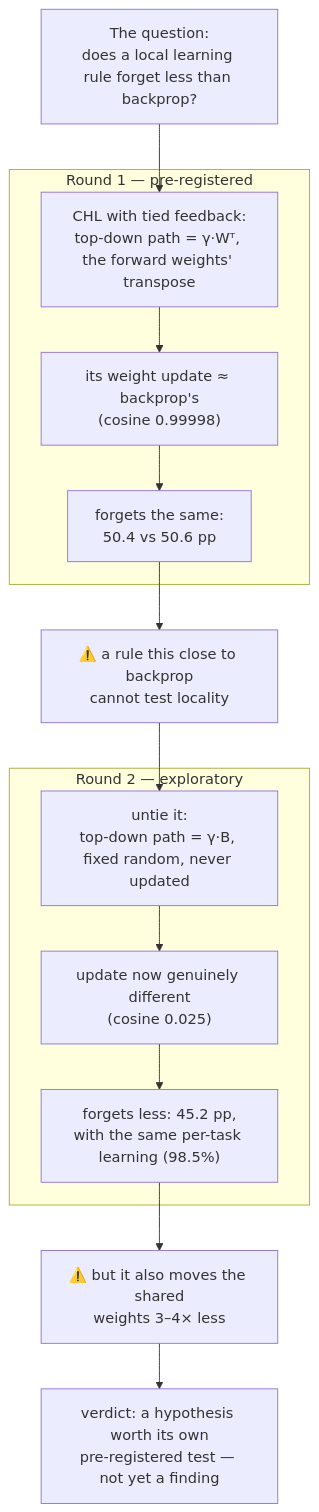
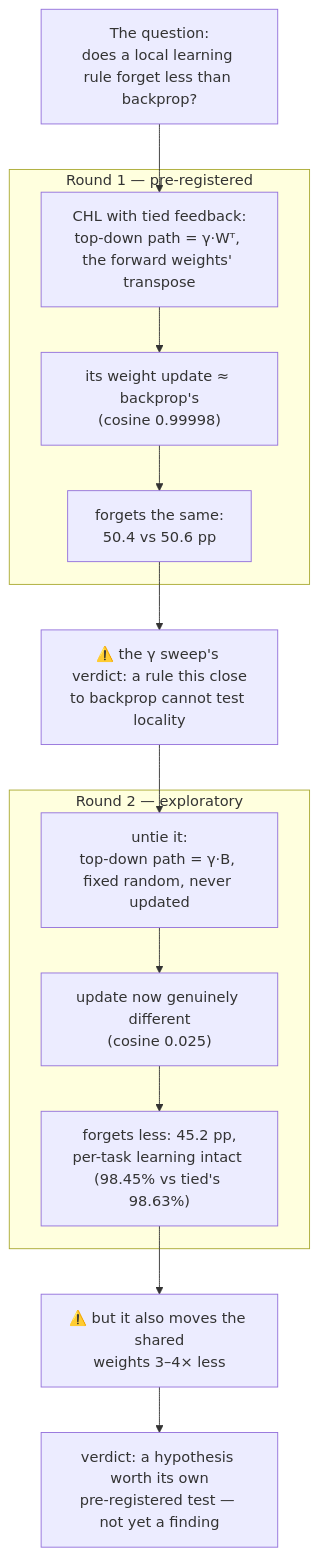
Before and after one commit to madara88645/does-locality-help: the diagram in README.md, drawn with Mermaid. The commit also changed other lines of this file, not shown here.

````diff
--- a/README.md
+++ b/README.md
@@ -18,19 +18,19 @@
 ```mermaid
 flowchart TD
     Q["The question:<br/>does a local learning rule forget less than backprop?"]
     Q --> A
     subgraph R1 ["Round 1 — pre-registered"]
         A["CHL with tied feedback:<br/>top-down path = γ·Wᵀ, the forward weights' transpose"]
         A --> B["its weight update ≈ backprop's<br/>(cosine 0.99998)"]
         B --> C["forgets the same:<br/>50.4 vs 50.6 pp"]
     end
-    C --> D["⚠️ a rule this close to backprop<br/>cannot test locality"]
+    C --> D["⚠️ the γ sweep's verdict: a rule this close<br/>to backprop cannot test locality"]
     D --> E
     subgraph R2 ["Round 2 — exploratory"]
         E["untie it:<br/>top-down path = γ·B, fixed random, never updated"]
         E --> F["update now genuinely different<br/>(cosine 0.025)"]
-        F --> G["forgets less: 45.2 pp,<br/>with the same per-task learning (98.5%)"]
+        F --> G["forgets less: 45.2 pp,<br/>per-task learning intact (98.45% vs tied's 98.63%)"]
     end
     G --> H["⚠️ but it also moves the shared<br/>weights 3–4× less"]
     H --> V["verdict: a hypothesis worth its own<br/>pre-registered test — not yet a finding"]
 ```
````
